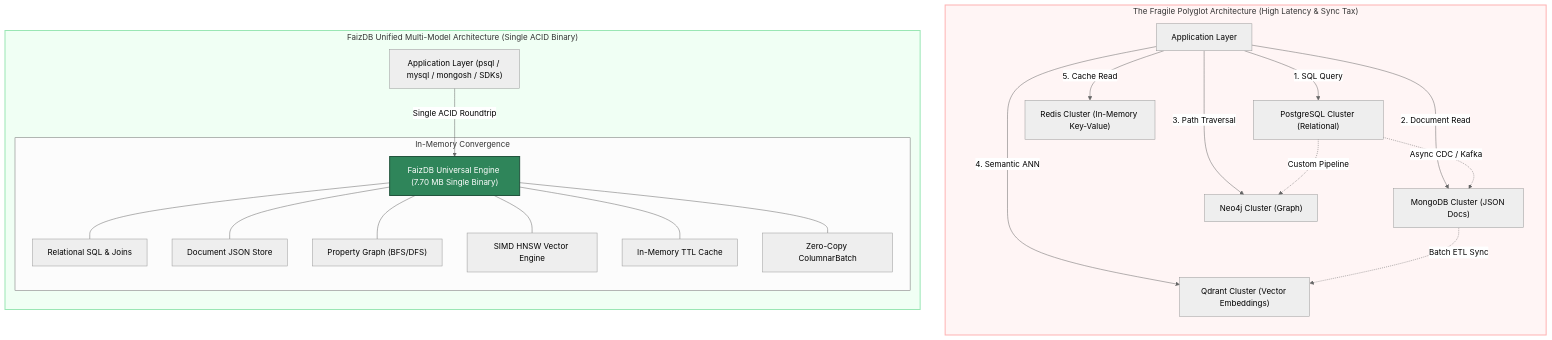
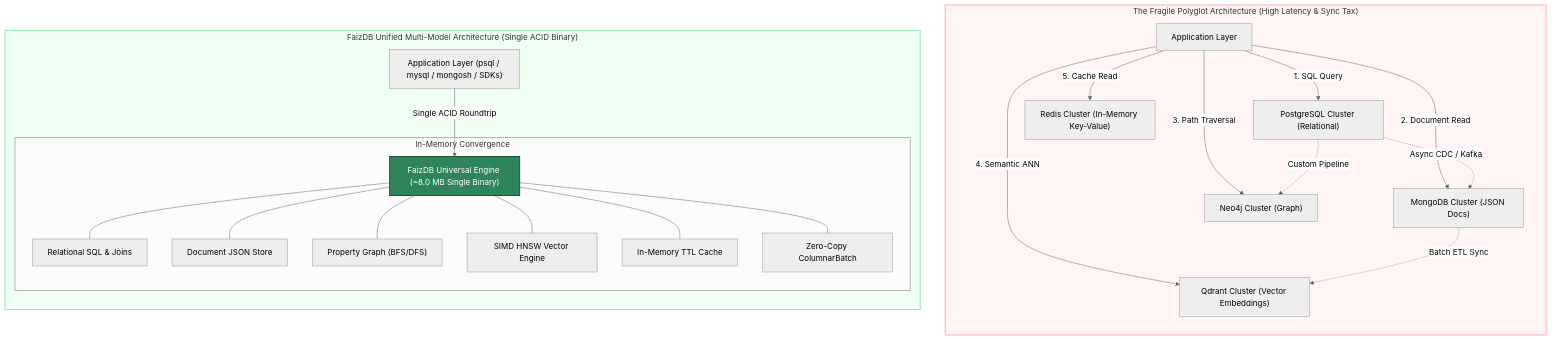
The first of 8 diagrams in docs/FAIZDB_ARCHITECTURE_WHITEPAPER.md (ictdothouse/faizdb), drawn with Mermaid (neutral theme) before and after one commit. The commit also changed other lines of this file and 9 other files, not shown here.

````diff
--- a/docs/FAIZDB_ARCHITECTURE_WHITEPAPER.md
+++ b/docs/FAIZDB_ARCHITECTURE_WHITEPAPER.md
@@ -37,35 +37,35 @@
 ```mermaid
 flowchart TD
     subgraph LegacyHeterogeneous["The Fragile Polyglot Architecture (High Latency & Sync Tax)"]
         direction TB
         AppClient["Application Layer"]
         AppClient -->|"1. SQL Query"| PostgresDB["PostgreSQL Cluster (Relational)"]
         AppClient -->|"2. Document Read"| MongoDBCluster["MongoDB Cluster (JSON Docs)"]
         AppClient -->|"3. Path Traversal"| Neo4jCluster["Neo4j Cluster (Graph)"]
         AppClient -->|"4. Semantic ANN"| VectorDBCluster["Qdrant Cluster (Vector Embeddings)"]
         AppClient -->|"5. Cache Read"| RedisCluster["Redis Cluster (In-Memory Key-Value)"]
 
         PostgresDB -.->|"Async CDC / Kafka"| MongoDBCluster
         MongoDBCluster -.->|"Batch ETL Sync"| VectorDBCluster
         PostgresDB -.->|"Custom Pipeline"| Neo4jCluster
     end
 
     subgraph FaizDBUnified["FaizDB Unified Multi-Model Architecture (Single ACID Binary)"]
         direction TB
         UniversalClient["Application Layer (psql / mysql / mongosh / SDKs)"]
-        UniversalClient -->|"Single ACID Roundtrip"| FaizDBEngine["FaizDB Universal Engine (7.70 MB Single Binary)"]
+        UniversalClient -->|"Single ACID Roundtrip"| FaizDBEngine["FaizDB Universal Engine (~8.0 MB Single Binary)"]
         
         subgraph InternalConvergence["In-Memory Convergence"]
             FaizDBEngine --- ModelSQL["Relational SQL & Joins"]
             FaizDBEngine --- ModelDoc["Document JSON Store"]
             FaizDBEngine --- ModelGraph["Property Graph (BFS/DFS)"]
             FaizDBEngine --- ModelVector["SIMD HNSW Vector Engine"]
             FaizDBEngine --- ModelCache["In-Memory TTL Cache"]
             FaizDBEngine --- ModelColumnar["Zero-Copy ColumnarBatch"]
         end
     end
 
     style LegacyHeterogeneous fill:#fff5f5,stroke:#feb2b2,stroke-width:2px;
     style FaizDBUnified fill:#f0fff4,stroke:#9ae6b4,stroke-width:2px;
     style FaizDBEngine fill:#2f855a,stroke:#22543d,color:#ffffff,stroke-width:2px;
 ```
````
